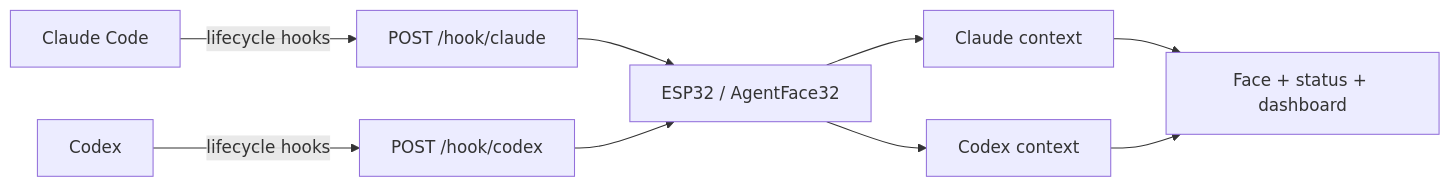
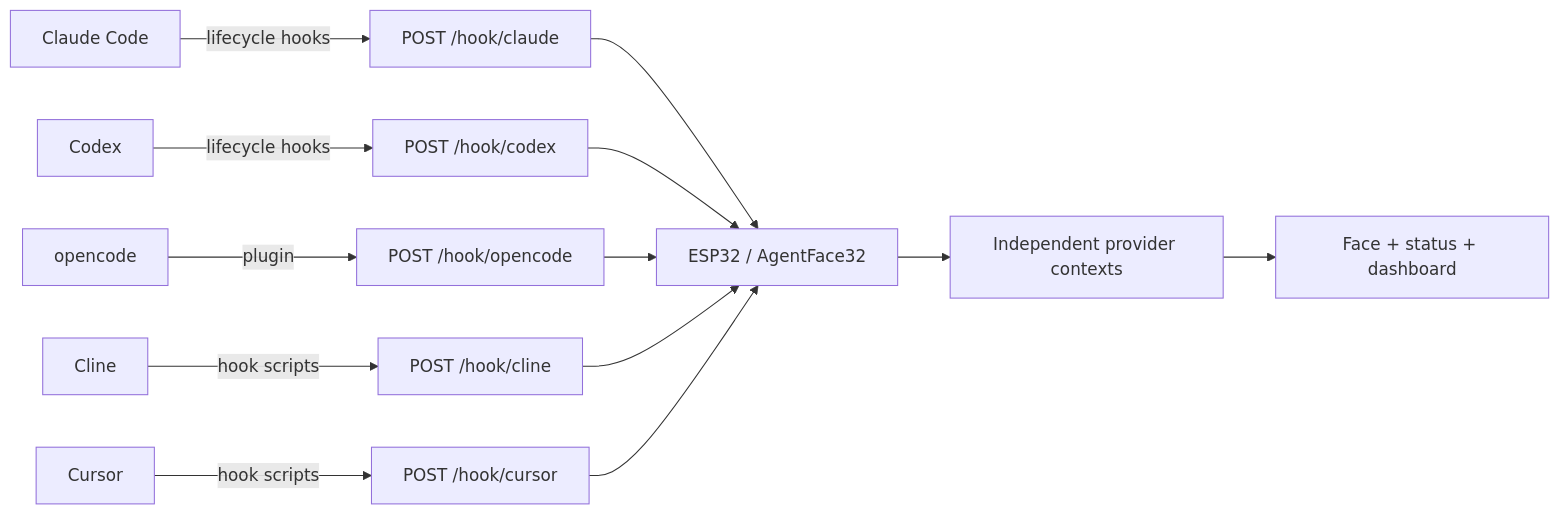
One commit to zxkill/agentface32 changed the diagram in README.md. Above: the diagram before and after it, drawn with Mermaid. The commit also changed other lines of this file and 20 other files, not shown here.

First line of the commit message:
feat: add opencode, Cline and Cursor providers (v0.8.0)

````diff
--- a/README.md
+++ b/README.md
@@ -155,11 +163,15 @@
 ```mermaid
 flowchart LR
     C[Claude Code] -- lifecycle hooks --> HC[POST /hook/claude]
     X[Codex] -- lifecycle hooks --> HX[POST /hook/codex]
+    O[opencode] -- plugin --> HO[POST /hook/opencode]
+    L[Cline] -- hook scripts --> HL[POST /hook/cline]
+    U[Cursor] -- hook scripts --> HU[POST /hook/cursor]
     HC --> E[ESP32 / AgentFace32]
     HX --> E
-    E --> S1[Claude context]
-    E --> S2[Codex context]
-    S1 --> UI[Face + status + dashboard]
-    S2 --> UI
+    HO --> E
+    HL --> E
+    HU --> E
+    E --> S[Independent provider contexts]
+    S --> UI[Face + status + dashboard]
 ```
````
